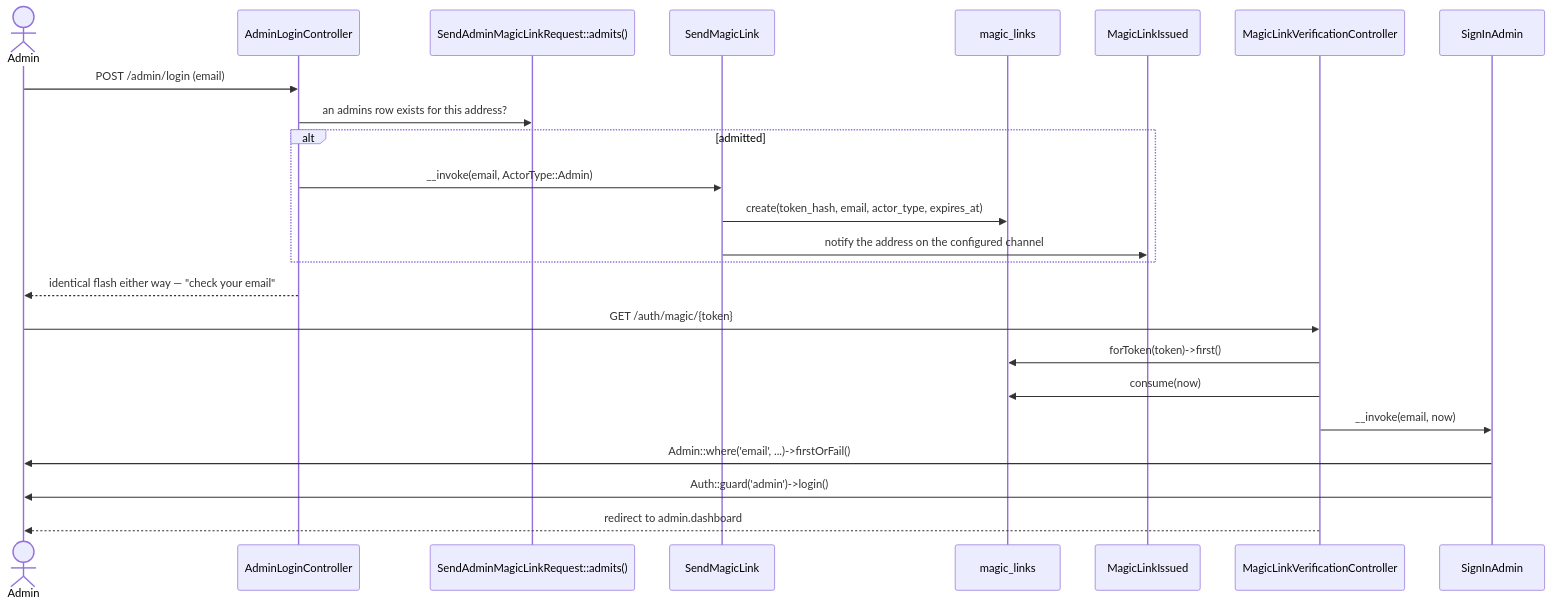
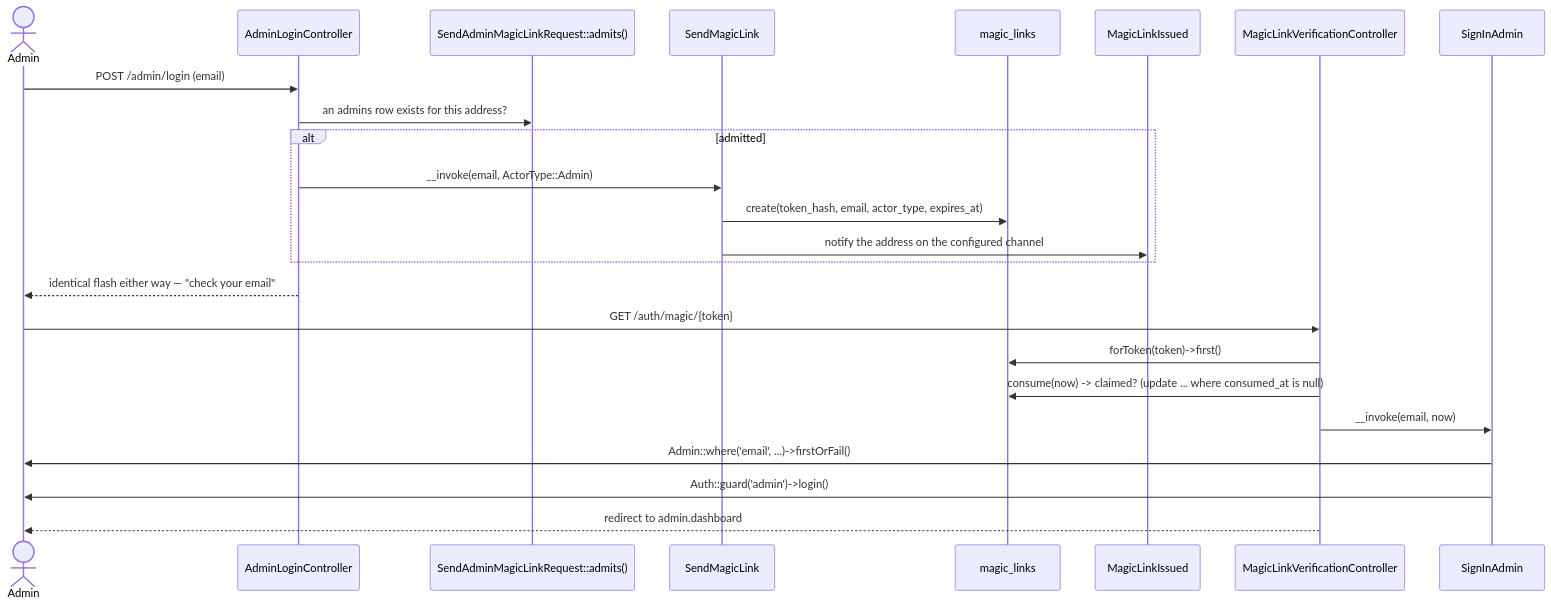
Before and after one commit to jonathan-beebe/art-store: the second of 4 diagrams in prototype/php/docs/identity.md, drawn with Mermaid. The commit also changed other lines of this file and 461 other files, not shown here.

````diff
--- a/prototype/php/docs/identity.md
+++ b/prototype/php/docs/identity.md
@@ -50,28 +60,28 @@
 ```mermaid
 sequenceDiagram
     actor Admin
     participant Login as AdminLoginController
     participant Admits as SendAdminMagicLinkRequest::admits()
     participant Send as SendMagicLink
     participant MagicLinks as magic_links
     participant Issued as MagicLinkIssued
     participant Verify as MagicLinkVerificationController
     participant SignIn as SignInAdmin
 
     Admin->>Login: POST /admin/login (email)
     Login->>Admits: an admins row exists for this address?
     alt admitted
         Login->>Send: __invoke(email, ActorType::Admin)
         Send->>MagicLinks: create(token_hash, email, actor_type, expires_at)
         Send->>Issued: notify the address on the configured channel
     end
     Login-->>Admin: identical flash either way — "check your email"
 
     Admin->>Verify: GET /auth/magic/{token}
     Verify->>MagicLinks: forToken(token)->first()
-    Verify->>MagicLinks: consume(now)
+    Verify->>MagicLinks: consume(now) -> claimed? (update ... where consumed_at is null)
     Verify->>SignIn: __invoke(email, now)
     SignIn->>Admin: Admin::where('email', ...)->firstOrFail()
     SignIn->>Admin: Auth::guard('admin')->login()
     Verify-->>Admin: redirect to admin.dashboard
 ```
````
